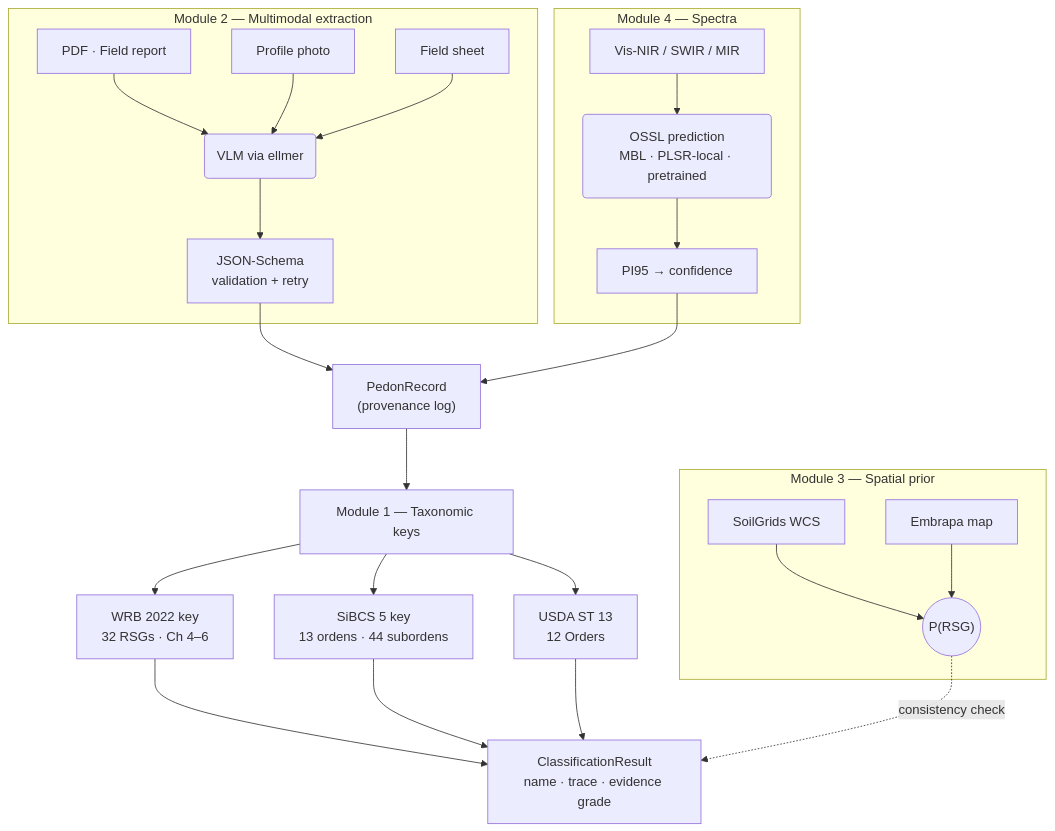
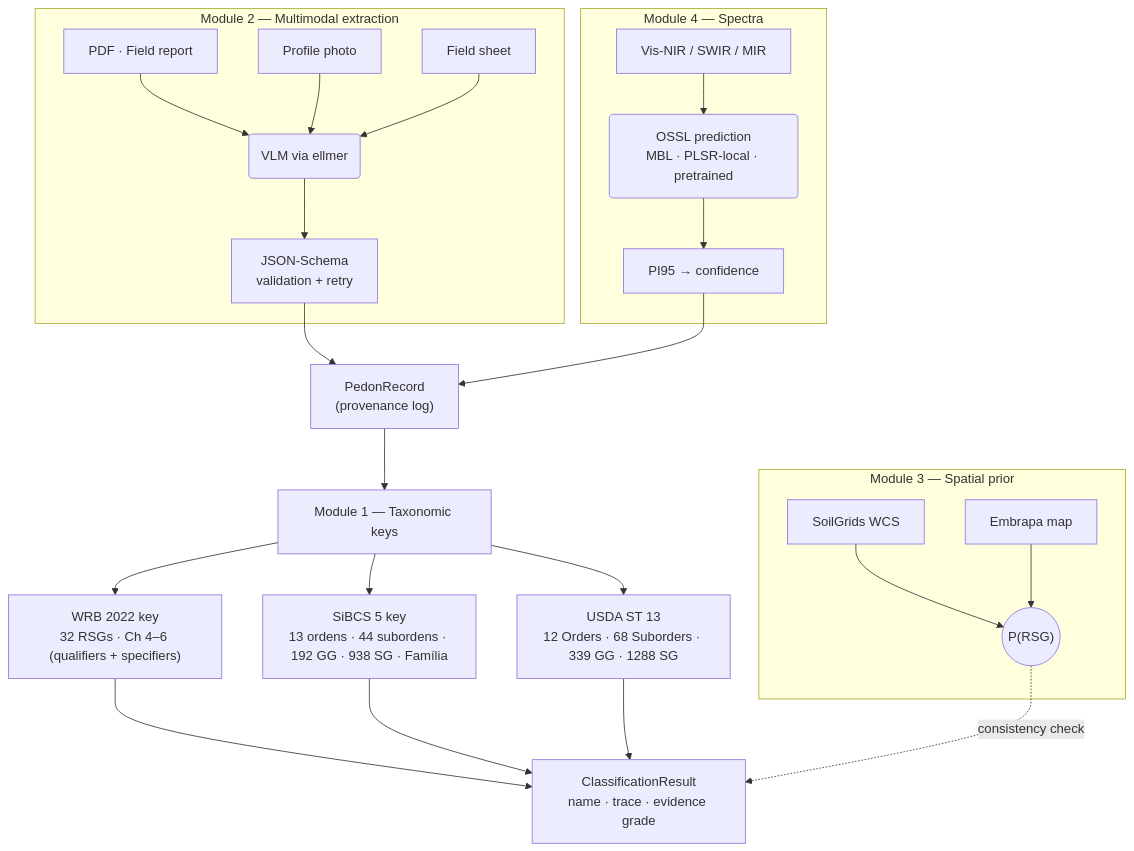
The diagram in README.md (HugoMachadoRodrigues/soilKey), drawn with Mermaid before and after one commit. The commit also changed other lines of this file and 1 other file, not shown here.

First line of the commit message:
docs: update README + DESCRIPTION para refletir SiBCS Cap 18 + USDA Path C

````diff
--- a/README.md
+++ b/README.md
@@ -60,32 +68,32 @@
 ```mermaid
 flowchart TB
   subgraph M2["Module 2 — Multimodal extraction"]
     A[PDF · Field report] --> V(VLM via ellmer)
     B[Profile photo]      --> V
     C[Field sheet]        --> V
     V --> J["JSON-Schema<br/>validation + retry"]
   end
 
   subgraph M4["Module 4 — Spectra"]
     K[Vis-NIR / SWIR / MIR] --> O("OSSL prediction<br/>MBL · PLSR-local · pretrained")
     O --> P["PI95 → confidence"]
   end
 
   subgraph M3["Module 3 — Spatial prior"]
     S[SoilGrids WCS]   --> R(("P(RSG)"))
     EM[Embrapa map]    --> R
   end
 
   J --> PR["PedonRecord<br/>(provenance log)"]
   P --> PR
 
   PR --> M1["Module 1 — Taxonomic keys"]
-  M1 --> W["WRB 2022 key<br/>32 RSGs · Ch 4–6"]
-  M1 --> SC["SiBCS 5 key<br/>13 ordens · 44 subordens"]
-  M1 --> U["USDA ST 13<br/>12 Orders"]
+  M1 --> W["WRB 2022 key<br/>32 RSGs · Ch 4–6 (qualifiers + specifiers)"]
+  M1 --> SC["SiBCS 5 key<br/>13 ordens · 44 subordens · 192 GG · 938 SG · Família"]
+  M1 --> U["USDA ST 13<br/>12 Orders · 68 Suborders · 339 GG · 1288 SG"]
 
   W --> CR["ClassificationResult<br/>name · trace · evidence grade"]
   SC --> CR
   U --> CR
   R -.consistency check.-> CR
 ```
````
